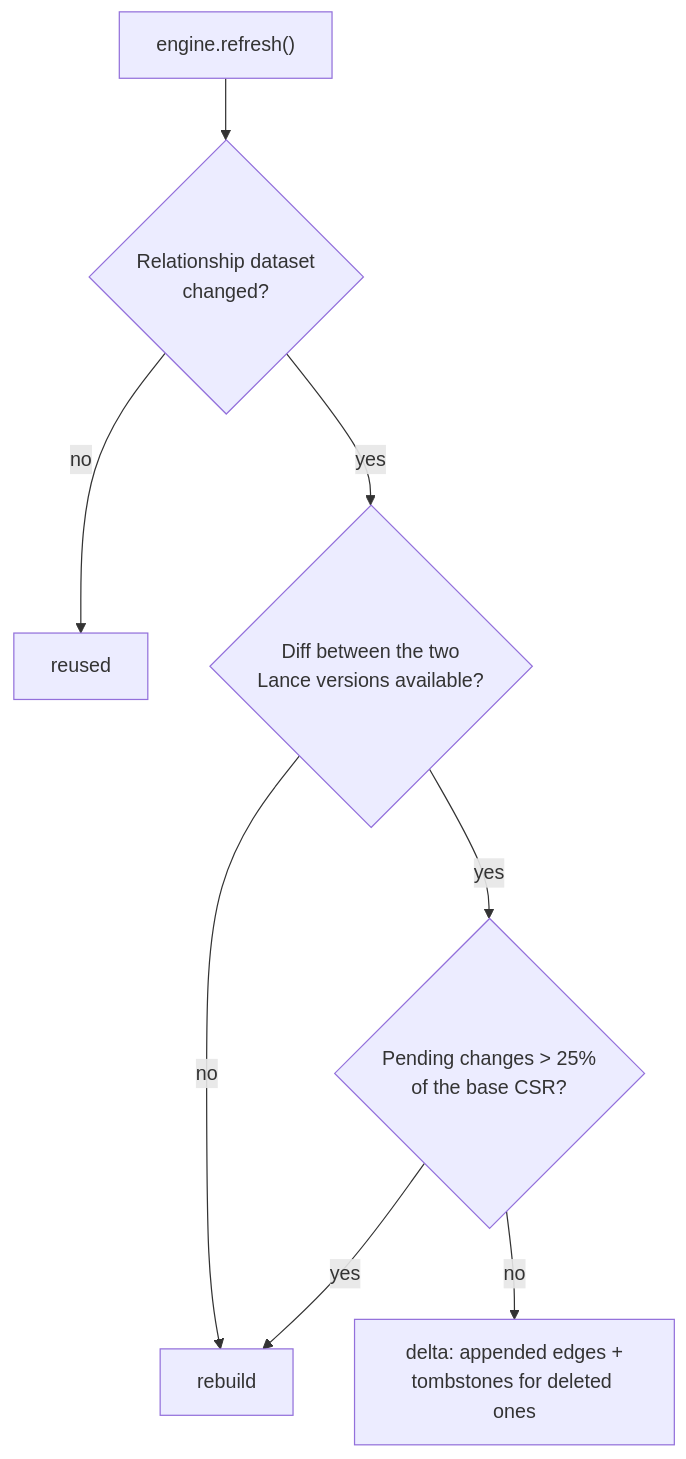
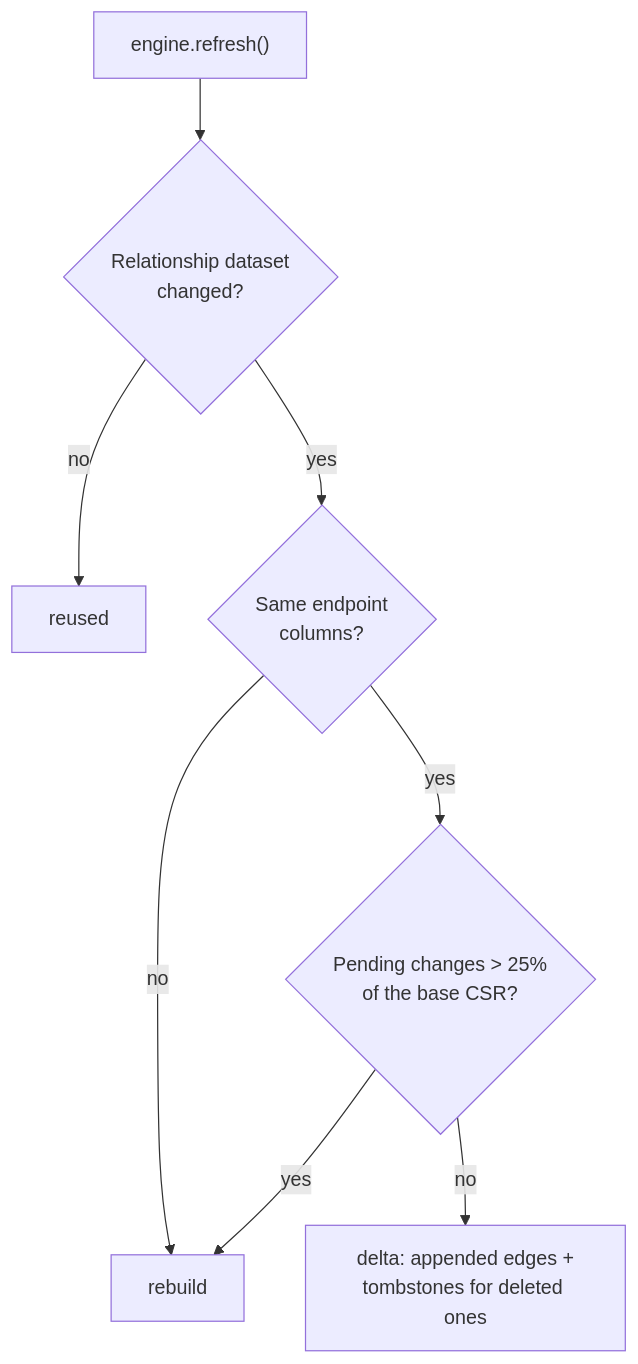
One commit to hyperdimensionalcomputingai/lance-csr changed the second of 2 diagrams in docs/csr.md. Above: the diagram before and after it, drawn with Mermaid. The commit also changed other lines of this file and 16 other files, not shown here.

````diff
--- a/docs/csr.md
+++ b/docs/csr.md
@@ -245,10 +265,10 @@
 ```mermaid
 flowchart TD
     R["engine.refresh()"] --> V{"Relationship dataset<br/>changed?"}
     V -- no --> U["reused"]
-    V -- yes --> D{"Diff between the two<br/>Lance versions available?"}
+    V -- yes --> D{"Same endpoint<br/>columns?"}
     D -- no --> RB["rebuild"]
     D -- yes --> S{"Pending changes > 25%<br/>of the base CSR?"}
     S -- yes --> RB
     S -- no --> DL["delta: appended edges +<br/>tombstones for deleted ones"]
 ```
````
